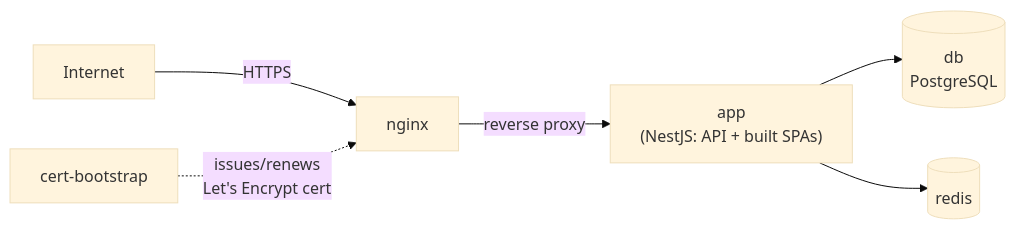
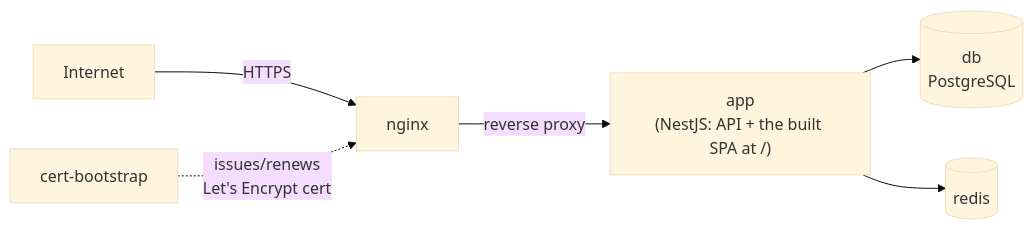
One commit to tareq89/biddaloy changed the first of 2 diagrams in docs/architecture/07-deployment.md. Above: the diagram before and after it, drawn with Mermaid (base theme). The commit also changed other lines of this file and 73 other files, not shown here.

````diff
--- a/docs/architecture/07-deployment.md
+++ b/docs/architecture/07-deployment.md
@@ -9,8 +9,8 @@
 ```mermaid
 flowchart LR
     Internet -->|HTTPS| nginx
-    nginx -->|reverse proxy| app["app\n(NestJS: API + built SPAs)"]
+    nginx -->|reverse proxy| app["app\n(NestJS: API + the built SPA at /)"]
     app --> db[("db\nPostgreSQL")]
     app --> redis[("redis")]
     certbootstrap["cert-bootstrap"] -.->|"issues/renews\nLet's Encrypt cert"| nginx
 ```
````
